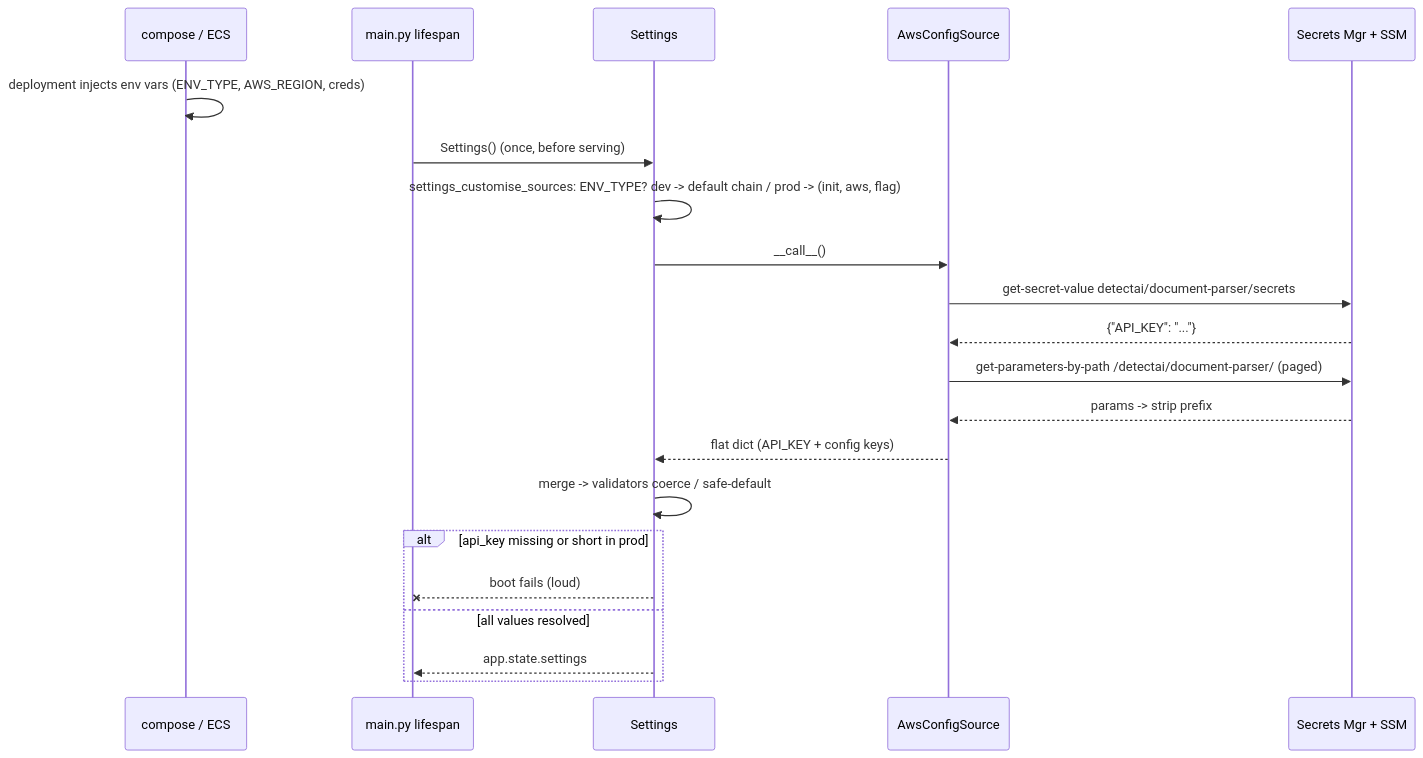
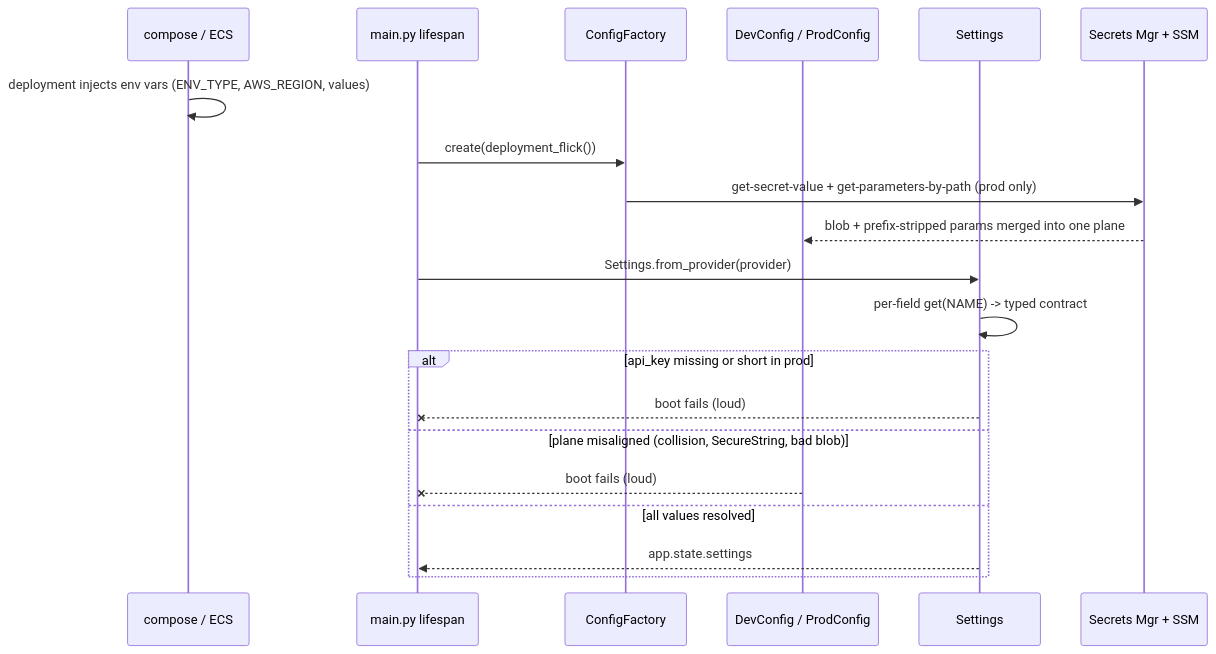
The second of 2 diagrams in services/document-parser/specification/references/config.md (kunalPisolkar24/detectAI), drawn with Mermaid before and after one commit. The commit also changed other lines of this file and 17 other files, not shown here.

Commit message:
Complete the config plane with provider merges and a typed settings contract

````diff
--- a/services/document-parser/specification/references/config.md
+++ b/services/document-parser/specification/references/config.md
@@ -107,24 +122,23 @@
 ```mermaid
 sequenceDiagram
     participant C as compose / ECS
     participant L as main.py lifespan
+    participant F as ConfigFactory
+    participant P as DevConfig / ProdConfig
     participant S as Settings
-    participant A as AwsConfigSource
     participant AWS as Secrets Mgr + SSM
 
-    C->>C: deployment injects env vars (ENV_TYPE, AWS_REGION, creds)
-    L->>S: Settings() (once, before serving)
-    S->>S: settings_customise_sources: ENV_TYPE? dev -> default chain / prod -> (init, aws, flag)
-    S->>A: __call__()
-    A->>AWS: get-secret-value detectai/document-parser/secrets
-    AWS-->>A: {"API_KEY": "..."}
-    A->>AWS: get-parameters-by-path /detectai/document-parser/ (paged)
-    AWS-->>A: params -> strip prefix
-    A-->>S: flat dict (API_KEY + config keys)
-    S->>S: merge -> validators coerce / safe-default
+    C->>C: deployment injects env vars (ENV_TYPE, AWS_REGION, values)
+    L->>F: create(deployment_flick())
+    F->>AWS: get-secret-value + get-parameters-by-path (prod only)
+    AWS-->>P: blob + prefix-stripped params merged into one plane
+    L->>S: Settings.from_provider(provider)
+    S->>S: per-field get(NAME) -> typed contract
     alt api_key missing or short in prod
         S--xL: boot fails (loud)
+    else plane misaligned (collision, SecureString, bad blob)
+        P--xL: boot fails (loud)
     else all values resolved
         S-->>L: app.state.settings
     end
 ```
````
